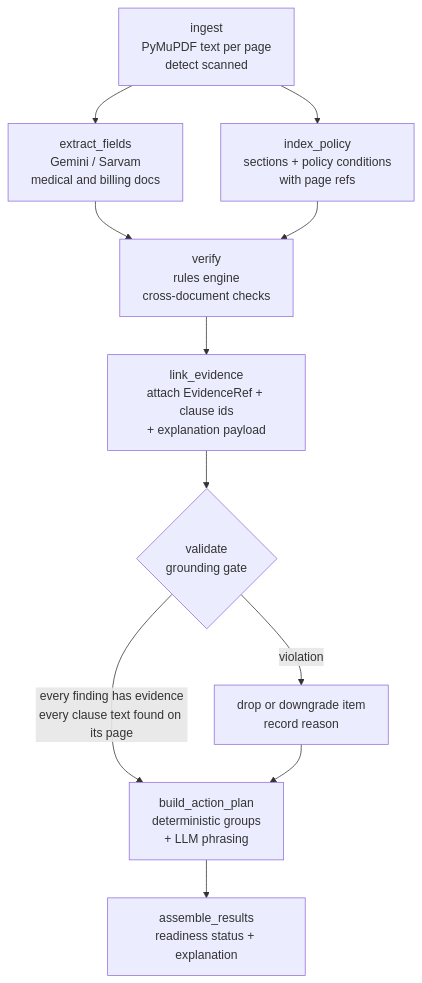
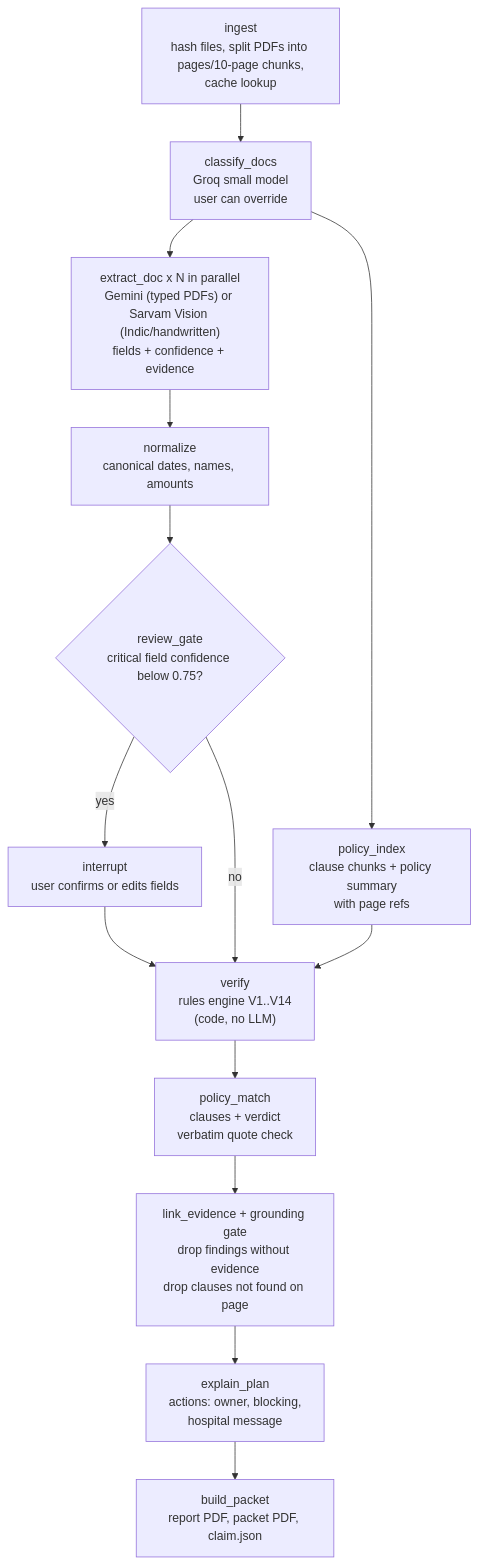
Before and after one commit to heyysiri/covara: the diagram in docs/DIVISION_OF_WORK.md, drawn with Mermaid. The commit also changed other lines of this file, not shown here.

First line of the commit message:
Add division of work, architecture and phased plan

````diff
--- a/docs/DIVISION_OF_WORK.md
+++ b/docs/DIVISION_OF_WORK.md
@@ -82,13 +129,16 @@
 ```mermaid
 flowchart TD
-    A[ingest<br/>PyMuPDF text per page<br/>detect scanned] --> B[extract_fields<br/>Gemini / Sarvam<br/>medical and billing docs]
-    A --> C[index_policy<br/>sections + policy conditions<br/>with page refs]
-    B --> D[verify<br/>rules engine<br/>cross-document checks]
-    C --> D
-    D --> E[link_evidence<br/>attach EvidenceRef + clause ids<br/>+ explanation payload]
-    E --> F{validate<br/>grounding gate}
-    F -->|every finding has evidence<br/>every clause text found on its page| G[build_action_plan<br/>deterministic groups<br/>+ LLM phrasing]
-    F -->|violation| H[drop or downgrade item<br/>record reason]
-    H --> G
-    G --> I[assemble_results<br/>readiness status + explanation]
+    A["ingest<br/>hash files, split PDFs into pages/10-page chunks,<br/>cache lookup"] --> B["classify_docs<br/>Groq small model<br/>user can override"]
+    B --> C["extract_doc x N in parallel<br/>Gemini (typed PDFs) or Sarvam Vision (Indic/handwritten)<br/>fields + confidence + evidence"]
+    B --> P["policy_index<br/>clause chunks + policy summary<br/>with page refs"]
+    C --> D["normalize<br/>canonical dates, names, amounts"]
+    D --> E{"review_gate<br/>critical field confidence below 0.75?"}
+    E -->|yes| H["interrupt<br/>user confirms or edits fields"]
+    H --> F
+    E -->|no| F["verify<br/>rules engine V1..V14<br/>(code, no LLM)"]
+    P --> F
+    F --> G["policy_match<br/>clauses + verdict<br/>verbatim quote check"]
+    G --> I["link_evidence + grounding gate<br/>drop findings without evidence<br/>drop clauses not found on page"]
+    I --> J["explain_plan<br/>actions: owner, blocking,<br/>hospital message"]
+    J --> K["build_packet<br/>report PDF, packet PDF, claim.json"]
 ```
````
